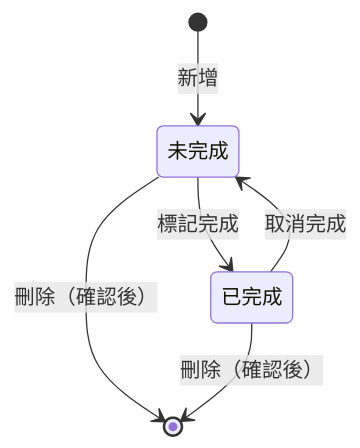
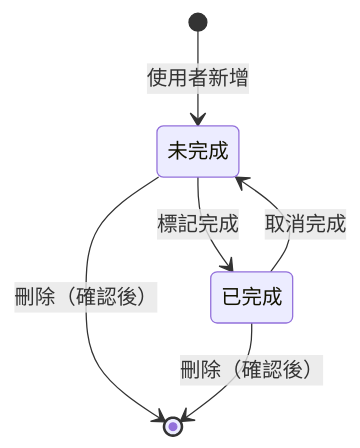
One commit to ownway22/to-do-web-app changed the third of 3 diagrams in README.md. Above: the diagram before and after it, drawn with Mermaid. The commit also changed other lines of this file, not shown here.

````diff
--- a/README.md
+++ b/README.md
@@ -212,8 +218,8 @@
 ```mermaid
 stateDiagram-v2
-    [*] --> 未完成: 新增
+    [*] --> 未完成: 使用者新增
     未完成 --> 已完成: 標記完成
     已完成 --> 未完成: 取消完成
     未完成 --> [*]: 刪除（確認後）
     已完成 --> [*]: 刪除（確認後）
 ```
````
